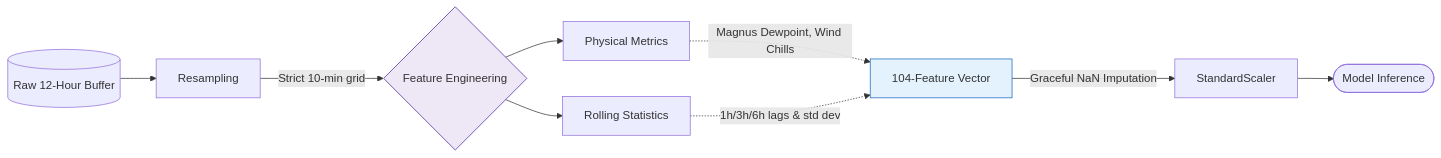
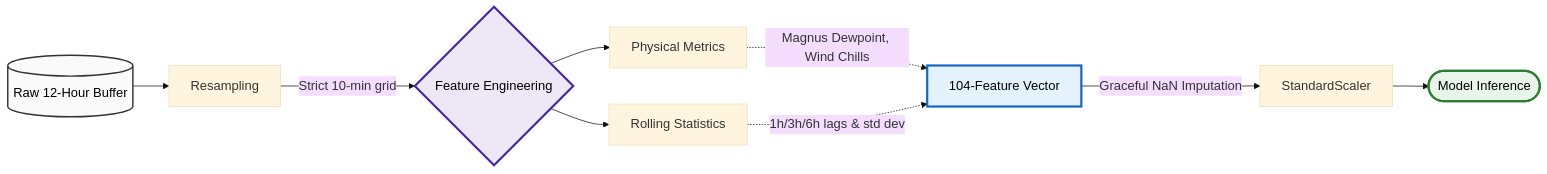
Before and after one commit to Alwyndev/igi_RVR_forecast: the third of 4 diagrams in REPORT_DIAGRAMS.md, drawn with Mermaid. The commit also changed other lines of this file, not shown here.

````diff
--- a/REPORT_DIAGRAMS.md
+++ b/REPORT_DIAGRAMS.md
@@ -91,17 +95,20 @@
 ```mermaid
+%%{init: {'theme': 'base', 'themeVariables': { 'fontSize': '18px', 'fontFamily': 'arial'}}}%%
 flowchart LR
     A[(Raw 12-Hour Buffer)] --> B[Resampling]
     B -->|Strict 10-min grid| C{Feature Engineering}
     
     C --> D[Physical Metrics]
     C --> E[Rolling Statistics]
     
     D -.->|Magnus Dewpoint, Wind Chills| F[104-Feature Vector]
     E -.->|1h/3h/6h lags & std dev| F
     
     F -->|Graceful NaN Imputation| G[StandardScaler]
     G --> H([Model Inference])
 
-    style C fill:#ede7f6,stroke:#4527a0
-    style F fill:#e3f2fd,stroke:#1565c0
+    style A fill:#fafafa,stroke:#333,stroke-width:2px,color:#000
+    style C fill:#ede7f6,stroke:#4527a0,stroke-width:3px,color:#000
+    style F fill:#e3f2fd,stroke:#1565c0,stroke-width:3px,color:#000
+    style H fill:#e8f5e9,stroke:#2e7d32,stroke-width:3px,color:#000
 ```
````
